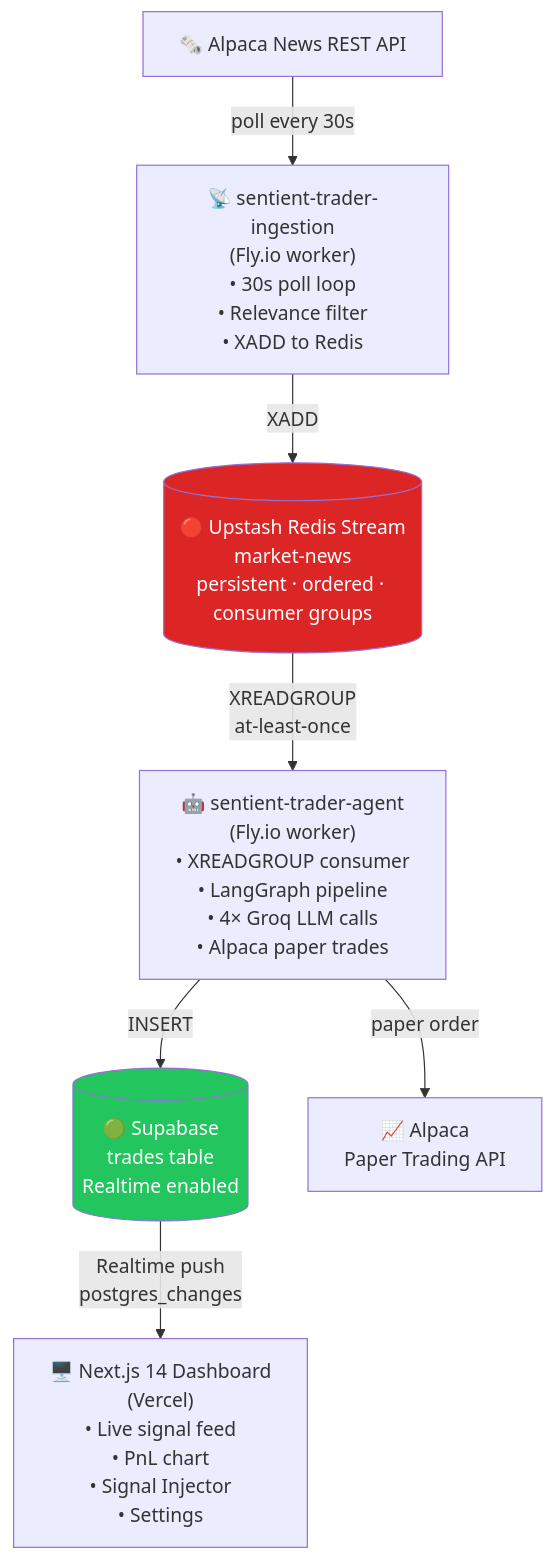
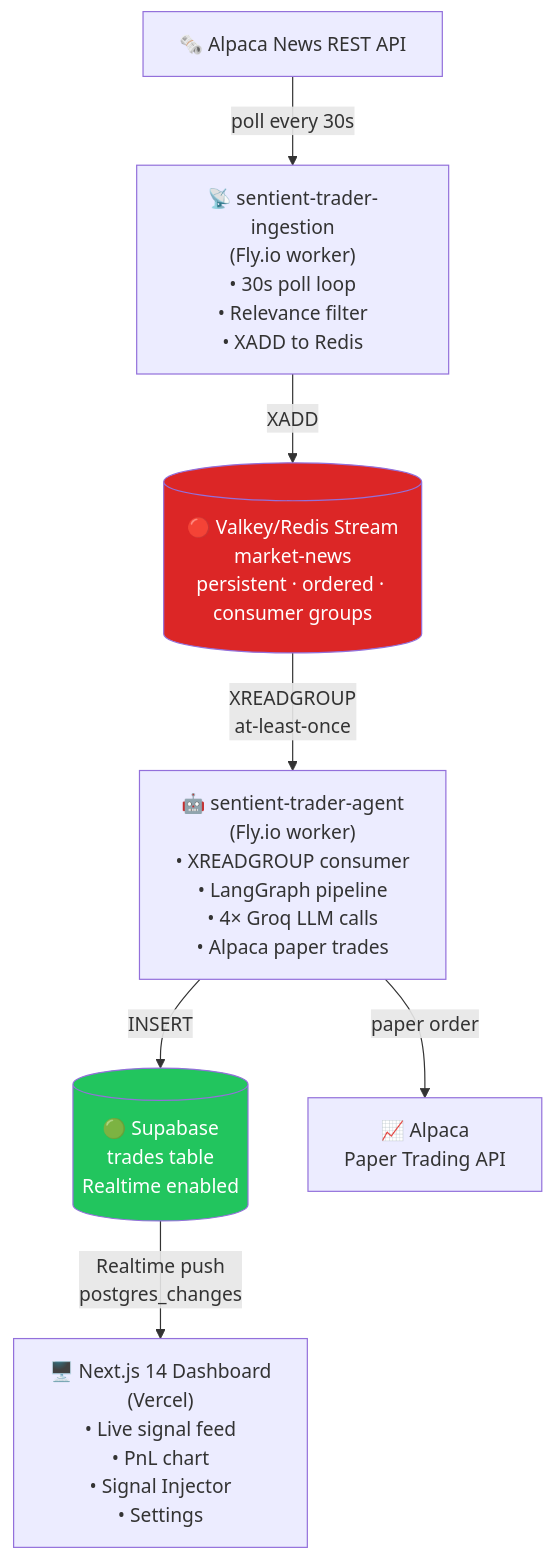
Before and after one commit to sundeep-dayalan/sentient-trader: the first of 4 diagrams in README.md, drawn with Mermaid. The commit also changed other lines of this file and 24 other files, not shown here.

Commit message:
chore: migrate from Upstash Redis to self-hosted Valkey/Redis across backend and frontend services

````diff
--- a/README.md
+++ b/README.md
@@ -46,20 +46,20 @@
 ```mermaid
 graph TD
     A["🗞️ Alpaca News REST API"]
     B["📡 sentient-trader-ingestion\n(Fly.io worker)\n• 30s poll loop\n• Relevance filter\n• XADD to Redis"]
-    C[("🔴 Upstash Redis Stream\nmarket-news\npersistent · ordered · consumer groups")]
+    C[("🔴 Valkey/Redis Stream\nmarket-news\npersistent · ordered · consumer groups")]
     D["🤖 sentient-trader-agent\n(Fly.io worker)\n• XREADGROUP consumer\n• LangGraph pipeline\n• 4× Groq LLM calls\n• Alpaca paper trades"]
     E[("🟢 Supabase\ntrades table\nRealtime enabled")]
     F["🖥️ Next.js 14 Dashboard\n(Vercel)\n• Live signal feed\n• PnL chart\n• Signal Injector\n• Settings"]
     G["📈 Alpaca\nPaper Trading API"]
 
     A -->|"poll every 30s"| B
     B -->|"XADD"| C
     C -->|"XREADGROUP\nat-least-once"| D
     D -->|"INSERT"| E
     D -->|"paper order"| G
     E -->|"Realtime push\npostgres_changes"| F
 
     style C fill:#dc2626,color:#fff
     style E fill:#22c55e,color:#fff
 ```
````
